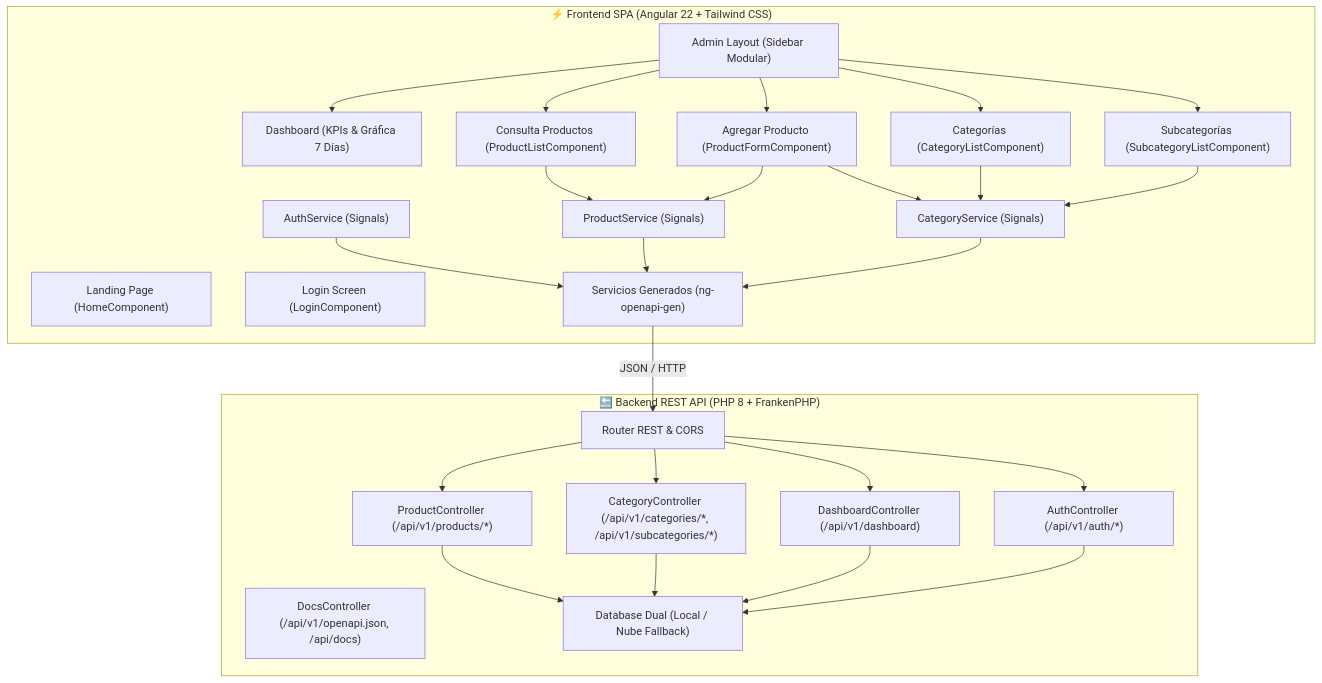
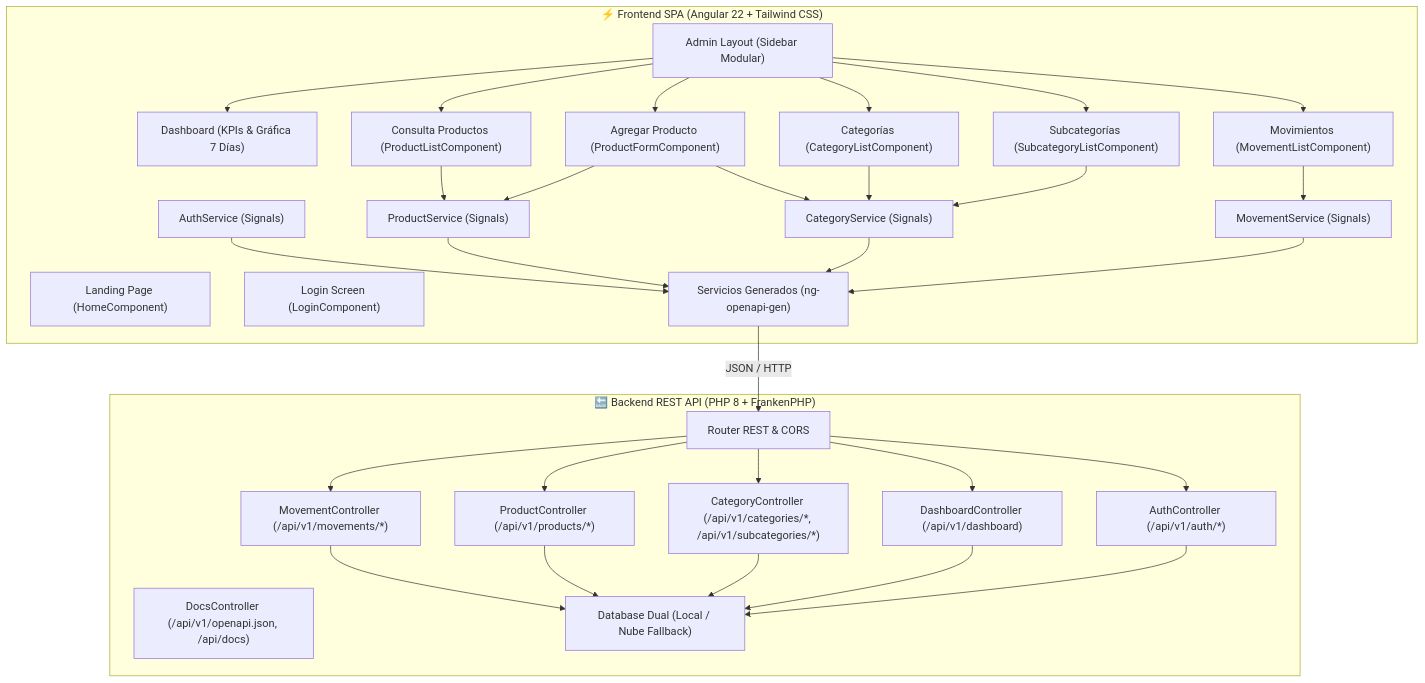
One commit to Paulob0t/PauloBotStore changed the diagram in README.md. Above: the diagram before and after it, drawn with Mermaid. The commit also changed other lines of this file and 22 other files, not shown here.

First line of the commit message:
feat(movements): migrar modulo de Consulta de Movimientos a Angular SPA y REST API

````diff
--- a/README.md
+++ b/README.md
@@ -16,50 +16,58 @@
 ```mermaid
 graph TD
     subgraph Frontend_SPA ["⚡ Frontend SPA (Angular 22 + Tailwind CSS)"]
         Landing["Landing Page (HomeComponent)"]
         Login["Login Screen (LoginComponent)"]
         AdminShell["Admin Layout (Sidebar Modular)"]
         Dashboard["Dashboard (KPIs & Gráfica 7 Días)"]
         ProductsList["Consulta Productos (ProductListComponent)"]
         ProductsForm["Agregar Producto (ProductFormComponent)"]
         CategoriesList["Categorías (CategoryListComponent)"]
         SubcategoriesList["Subcategorías (SubcategoryListComponent)"]
+        MovementsList["Movimientos (MovementListComponent)"]
         AuthSvc["AuthService (Signals)"]
         ProdSvc["ProductService (Signals)"]
         CatSvc["CategoryService (Signals)"]
+        MoveSvc["MovementService (Signals)"]
         OpenApiGen["Servicios Generados (ng-openapi-gen)"]
     end
 
     subgraph Backend_REST ["🔙 Backend REST API (PHP 8 + FrankenPHP)"]
         Router["Router REST & CORS"]
         AuthController["AuthController (/api/v1/auth/*)"]
         DashboardController["DashboardController (/api/v1/dashboard)"]
         ProductController["ProductController (/api/v1/products/*)"]
         CategoryController["CategoryController (/api/v1/categories/*, /api/v1/subcategories/*)"]
+        MovementController["MovementController (/api/v1/movements/*)"]
         DocsController["DocsController (/api/v1/openapi.json, /api/docs)"]
         Database["Database Dual (Local / Nube Fallback)"]
     end
 
     AdminShell --> Dashboard
     AdminShell --> ProductsList
     AdminShell --> ProductsForm
     AdminShell --> CategoriesList
     AdminShell --> SubcategoriesList
+    AdminShell --> MovementsList
+    MovementsList --> MoveSvc
     ProductsList --> ProdSvc
     ProductsForm --> ProdSvc
     ProductsForm --> CatSvc
     CategoriesList --> CatSvc
     SubcategoriesList --> CatSvc
     AuthSvc --> OpenApiGen
     ProdSvc --> OpenApiGen
     CatSvc --> OpenApiGen
+    MoveSvc --> OpenApiGen
     OpenApiGen -->|JSON / HTTP| Router
     Router --> AuthController
     Router --> DashboardController
     Router --> ProductController
     Router --> CategoryController
+    Router --> MovementController
+    MovementController --> Database
     ProductController --> Database
     CategoryController --> Database
     DashboardController --> Database
     AuthController --> Database
 ```
````
